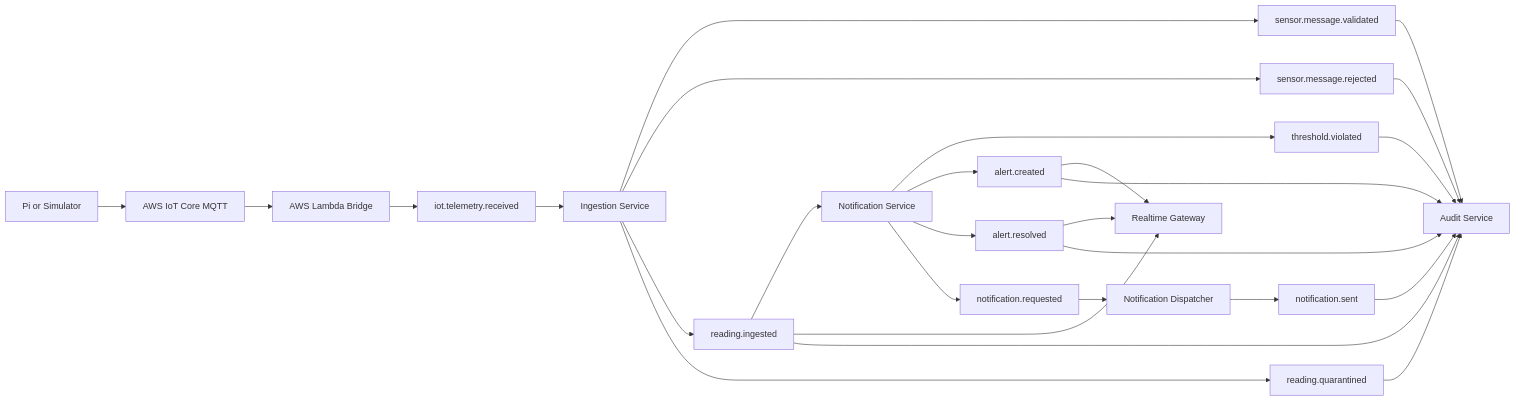
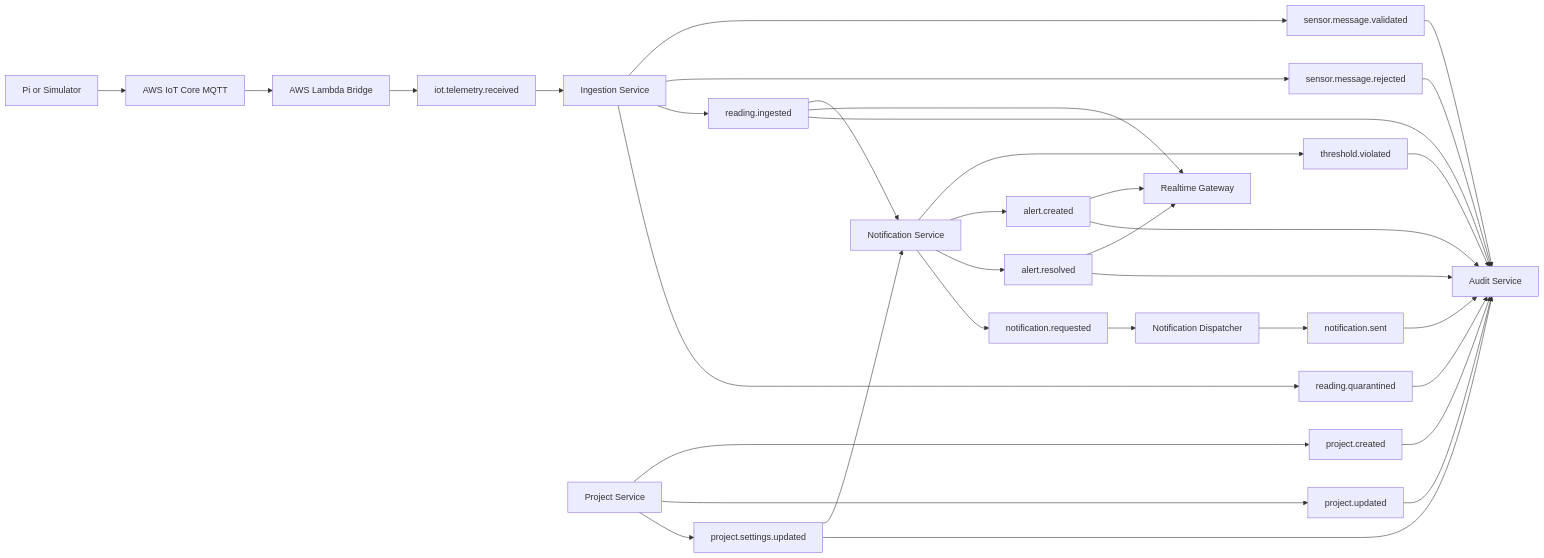
One commit to tns30-dev/aqua_scale changed the diagram in cooking_tracker/main/eda_docs.md. Above: the diagram before and after it, drawn with Mermaid. The commit also changed other lines of this file and 21 other files, not shown here.

Commit message:
chore: add project service deployment integration

````diff
--- a/cooking_tracker/main/eda_docs.md
+++ b/cooking_tracker/main/eda_docs.md
@@ -5,34 +5,42 @@
 ```mermaid
 flowchart LR
   Device[Pi or Simulator] --> IoT[AWS IoT Core MQTT]
   IoT --> Lambda[AWS Lambda Bridge]
   Lambda --> T1[iot.telemetry.received]
   T1 --> Ingestion[Ingestion Service]
 
   Ingestion --> T2[sensor.message.validated]
   Ingestion --> T3[sensor.message.rejected]
   Ingestion --> T4[reading.ingested]
   Ingestion --> T5[reading.quarantined]
 
   T4 --> Notification[Notification Service]
   T4 --> Realtime[Realtime Gateway]
   T4 --> Audit[Audit Service]
 
   Notification --> T6[threshold.violated]
   Notification --> T7[alert.created]
   Notification --> T8[alert.resolved]
   Notification --> T9[notification.requested]
 
   T7 --> Realtime
   T8 --> Realtime
   T6 --> Audit
   T7 --> Audit
   T8 --> Audit
   T9 --> Dispatcher[Notification Dispatcher]
   Dispatcher --> T10[notification.sent]
   T10 --> Audit
 
   T2 --> Audit
   T3 --> Audit
   T5 --> Audit
+
+  Project[Project Service] --> P1[project.created]
+  Project --> P2[project.updated]
+  Project --> P3[project.settings.updated]
+  P1 --> Audit
+  P2 --> Audit
+  P3 --> Notification
+  P3 --> Audit
 ```
````
